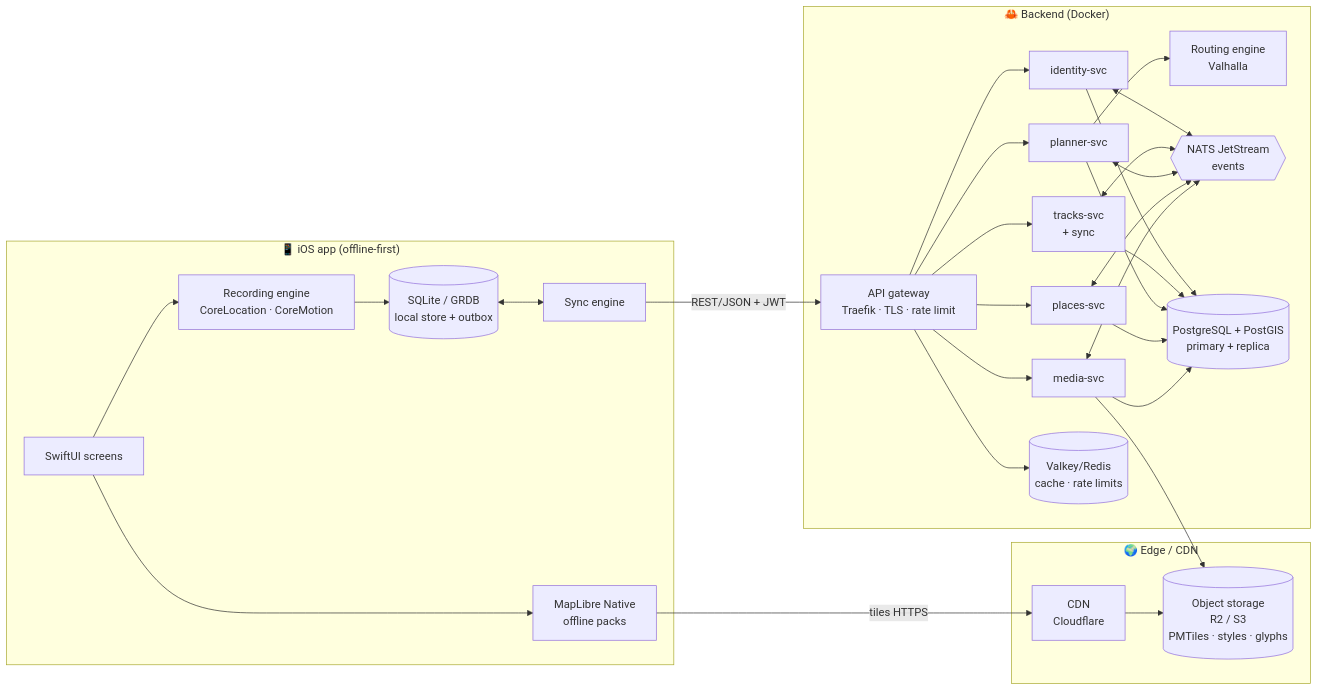
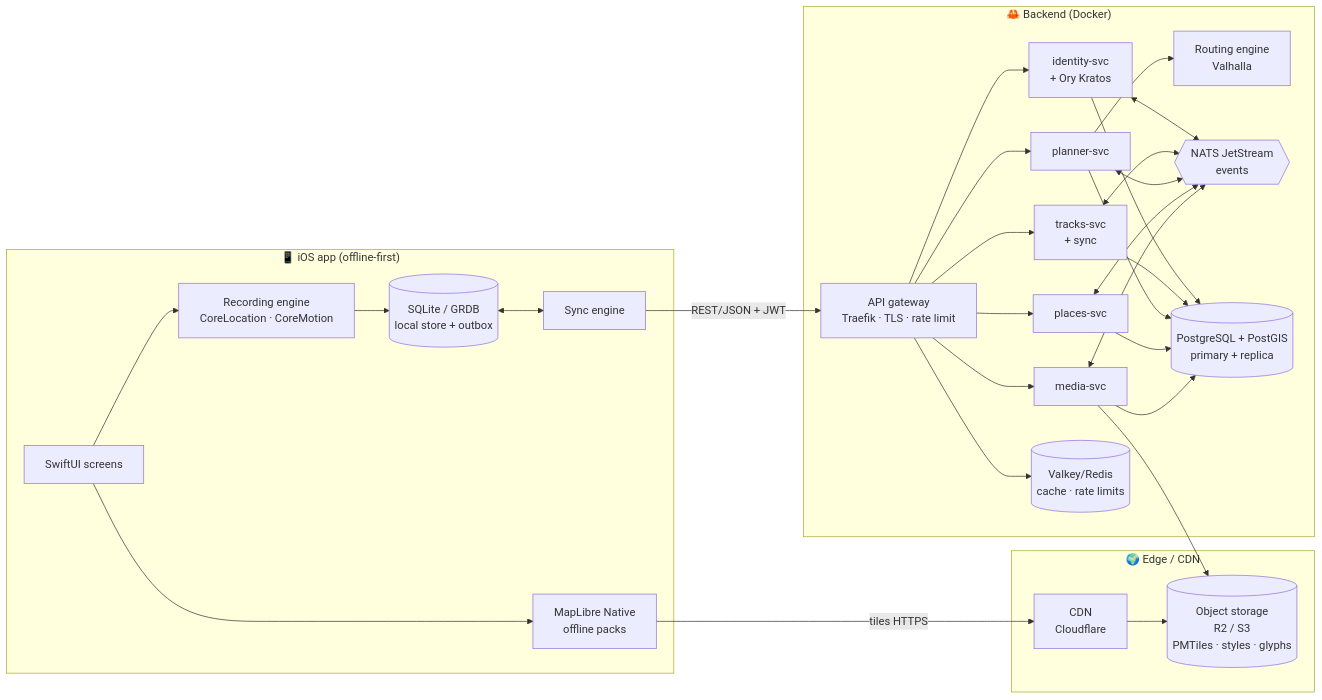
Before and after one commit to aret-app/aret-docs: the first of 4 diagrams in docs/architecture.md, drawn with Mermaid. The commit also changed other lines of this file and 11 other files, not shown here.

````diff
--- a/docs/architecture.md
+++ b/docs/architecture.md
@@ -76,41 +77,41 @@
 ```mermaid
 flowchart LR
   subgraph Device["📱 iOS app (offline-first)"]
     UI[SwiftUI screens]
     REC[Recording engine<br/>CoreLocation · CoreMotion]
     MAP[MapLibre Native<br/>offline packs]
     DB[(SQLite / GRDB<br/>local store + outbox)]
     SYNC[Sync engine]
     UI --> REC --> DB
     UI --> MAP
     DB <--> SYNC
   end
 
   subgraph Edge["🌍 Edge / CDN"]
     CDN[CDN<br/>Cloudflare]
     OBJ[(Object storage<br/>R2 / S3<br/>PMTiles · styles · glyphs)]
     CDN --> OBJ
   end
 
   subgraph Backend["🦀 Backend (Docker)"]
     GW[API gateway<br/>Traefik · TLS · rate limit]
-    ID[identity-svc]
+    ID[identity-svc<br/>+ Ory Kratos]
     TR[tracks-svc<br/>+ sync]
     PL[planner-svc]
     PO[places-svc]
     ME[media-svc]
     RT[Routing engine<br/>Valhalla]
     BUS{{NATS JetStream<br/>events}}
     PG[(PostgreSQL + PostGIS<br/>primary + replica)]
     KV[(Valkey/Redis<br/>cache · rate limits)]
     GW --> ID & TR & PL & PO & ME
     PL --> RT
     ID & TR & PL & PO & ME --> PG
     ID & TR & PL & PO & ME <--> BUS
     GW --> KV
     ME --> OBJ
   end
 
   MAP -- tiles HTTPS --> CDN
   SYNC -- REST/JSON + JWT --> GW
 ```
````
